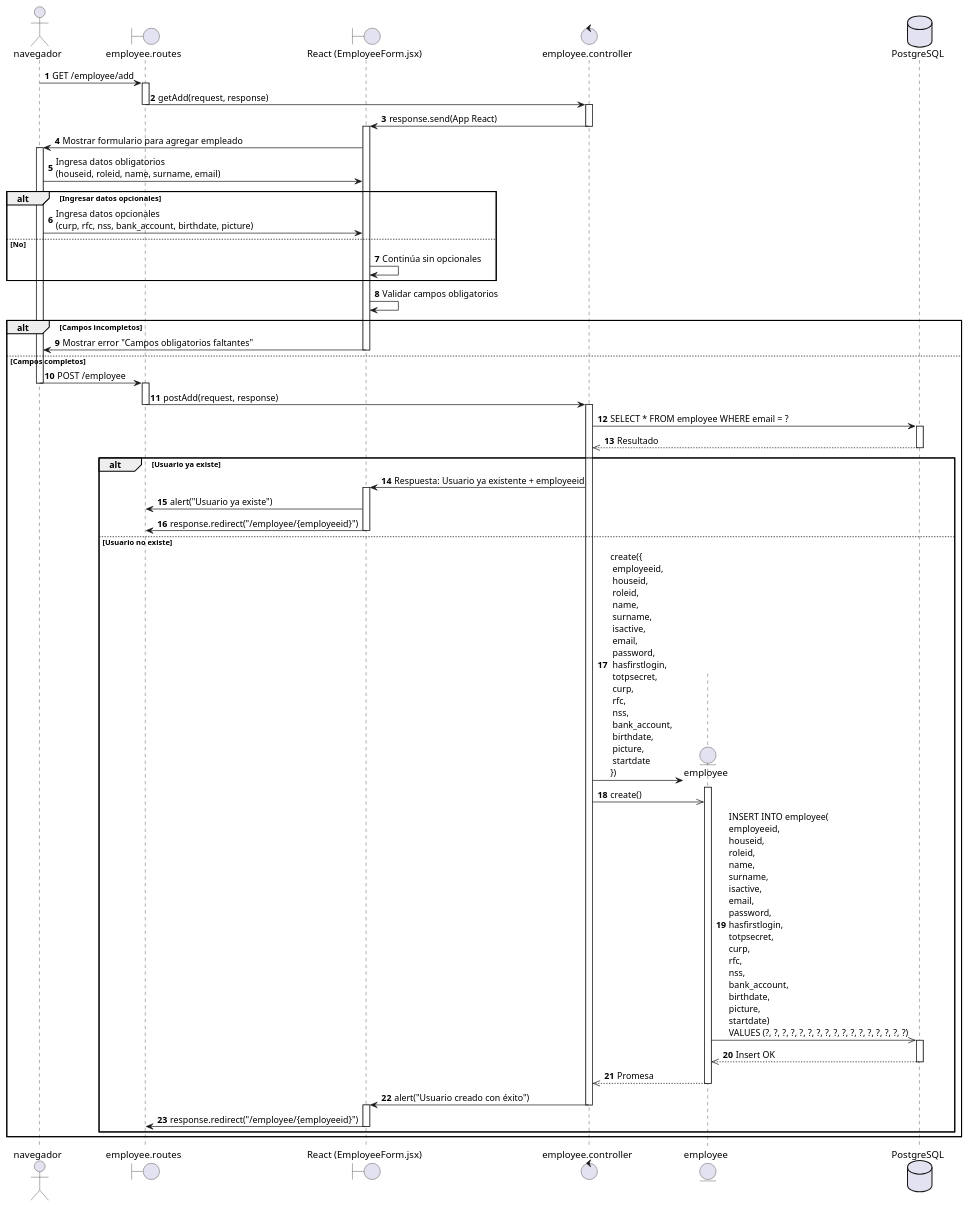
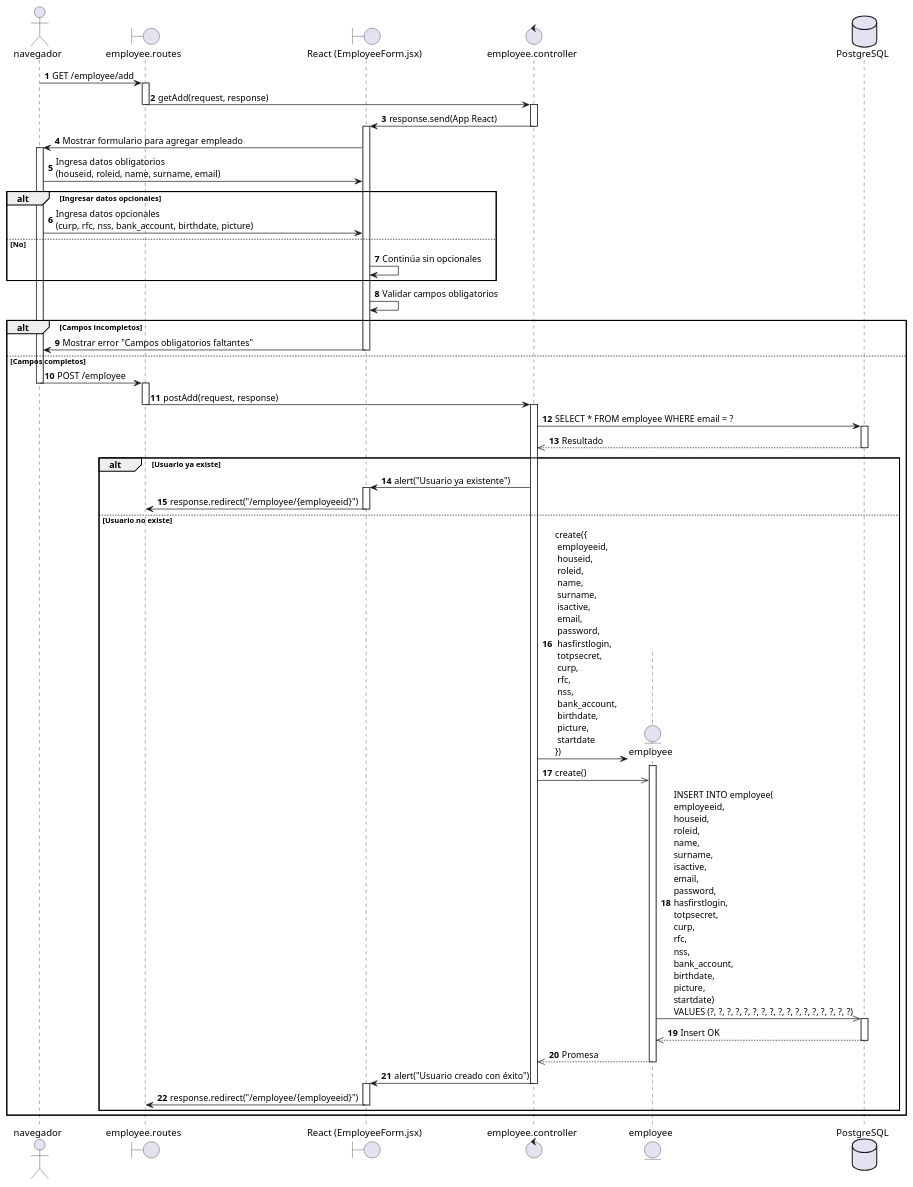
The diagram in diagrams/Sequence diagram/HU01.puml (AztlanConsulting/RCHQ-Back), drawn with PlantUML before and after one commit.

Commit message:
Fix: Minor change in the sequence diagram of the HU01

```diff
--- a/diagrams/Sequence diagram/HU01.puml
+++ b/diagrams/Sequence diagram/HU01.puml
@@ -1,89 +1,88 @@
 @startuml HU01 - Administrador registra empleado
 
 actor navegador
 boundary employee.routes
 boundary "React (EmployeeForm.jsx)" as ReactView
 control employee.controller
 entity employee
 database PostgreSQL
 
 autonumber
 
 navegador -> employee.routes : GET /employee/add
 activate employee.routes
 
 employee.routes -> employee.controller: getAdd(request, response)
 deactivate employee.routes
 activate employee.controller
 
 employee.controller -> ReactView: response.send(App React)
 deactivate employee.controller
 activate ReactView
 
 ReactView -> navegador : Mostrar formulario para agregar empleado
 activate navegador
 
 navegador -> ReactView : Ingresa datos obligatorios\n(houseid, roleid, name, surname, email)
 
 alt Ingresar datos opcionales
     navegador -> ReactView : Ingresa datos opcionales\n(curp, rfc, nss, bank_account, birthdate, picture)
 else No
     ReactView -> ReactView : Continúa sin opcionales
 end
 
 ReactView -> ReactView : Validar campos obligatorios
 
 alt Campos incompletos
     ReactView -> navegador : Mostrar error "Campos obligatorios faltantes"
     deactivate ReactView
 else Campos completos
 
     navegador -> employee.routes : POST /employee
     deactivate navegador
     activate employee.routes
 
     employee.routes -> employee.controller : postAdd(request, response)
     deactivate employee.routes
     activate employee.controller
 
     employee.controller -> PostgreSQL : SELECT * FROM employee WHERE email = ?
     activate PostgreSQL
     PostgreSQL -->> employee.controller : Resultado
     deactivate PostgreSQL
 
     alt Usuario ya existe
-        employee.controller -> ReactView : Respuesta: Usuario ya existente + employeeid
+        employee.controller -> ReactView : alert("Usuario ya existente")
         activate ReactView
 
-        ReactView -> employee.routes : alert("Usuario ya existe")
         ReactView -> employee.routes : response.redirect("/employee/{employeeid}")
         deactivate ReactView
         
     else Usuario no existe
         
         create employee
         employee.controller -> employee : create({\n employeeid,\n houseid,\n roleid,\n name,\n surname,\n isactive,\n email,\n password,\n hasfirstlogin,\n totpsecret,\n curp,\n rfc,\n nss,\n bank_account,\n birthdate,\n picture,\n startdate\n})
         activate employee
 
         employee.controller ->> employee : create()
         
         employee ->> PostgreSQL : INSERT INTO employee(\nemployeeid,\nhouseid,\nroleid,\nname,\nsurname,\nisactive,\nemail,\npassword,\nhasfirstlogin,\ntotpsecret,\ncurp,\nrfc,\nnss,\nbank_account,\nbirthdate,\npicture,\nstartdate)\nVALUES (?, ?, ?, ?, ?, ?, ?, ?, ?, ?, ?, ?, ?, ?, ?, ?, ?)
 
         activate PostgreSQL
         PostgreSQL -->> employee : Insert OK
         deactivate PostgreSQL
 
         employee -->> employee.controller : Promesa
         deactivate employee
         
         employee.controller -> ReactView : alert("Usuario creado con éxito")
         deactivate employee.controller
         activate ReactView
         
         ReactView -> employee.routes : response.redirect("/employee/{employeeid}")
         deactivate ReactView
 
     end
 end
 
 @enduml
```
